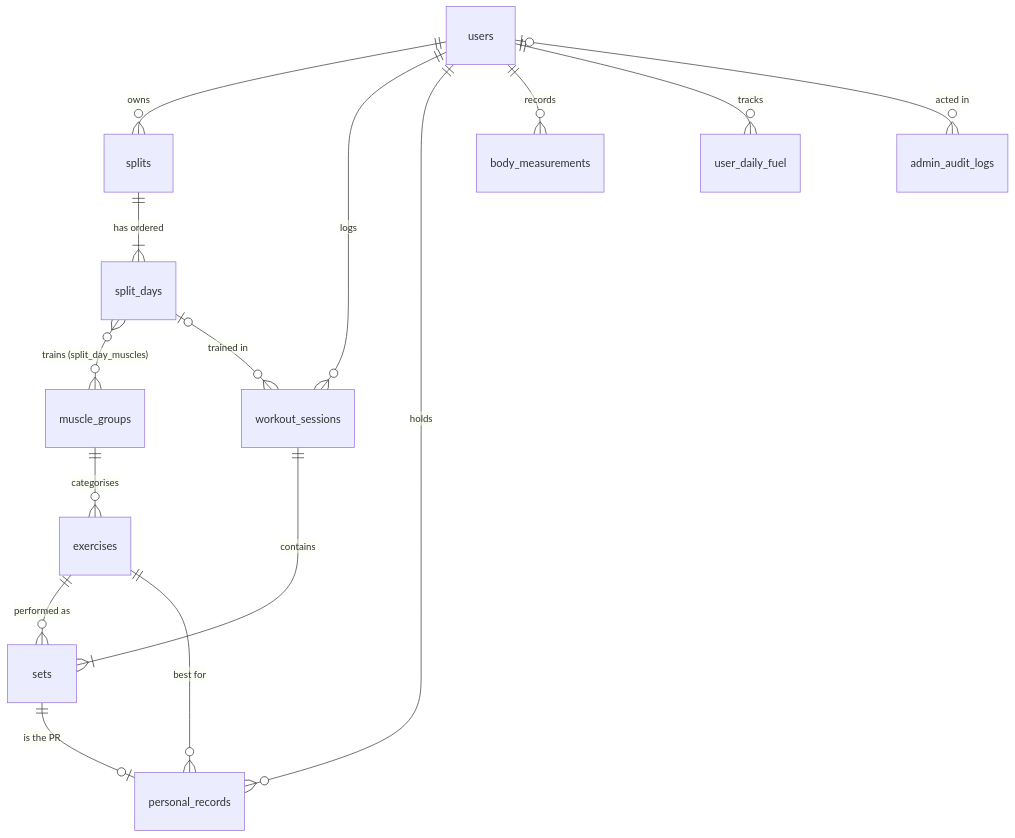
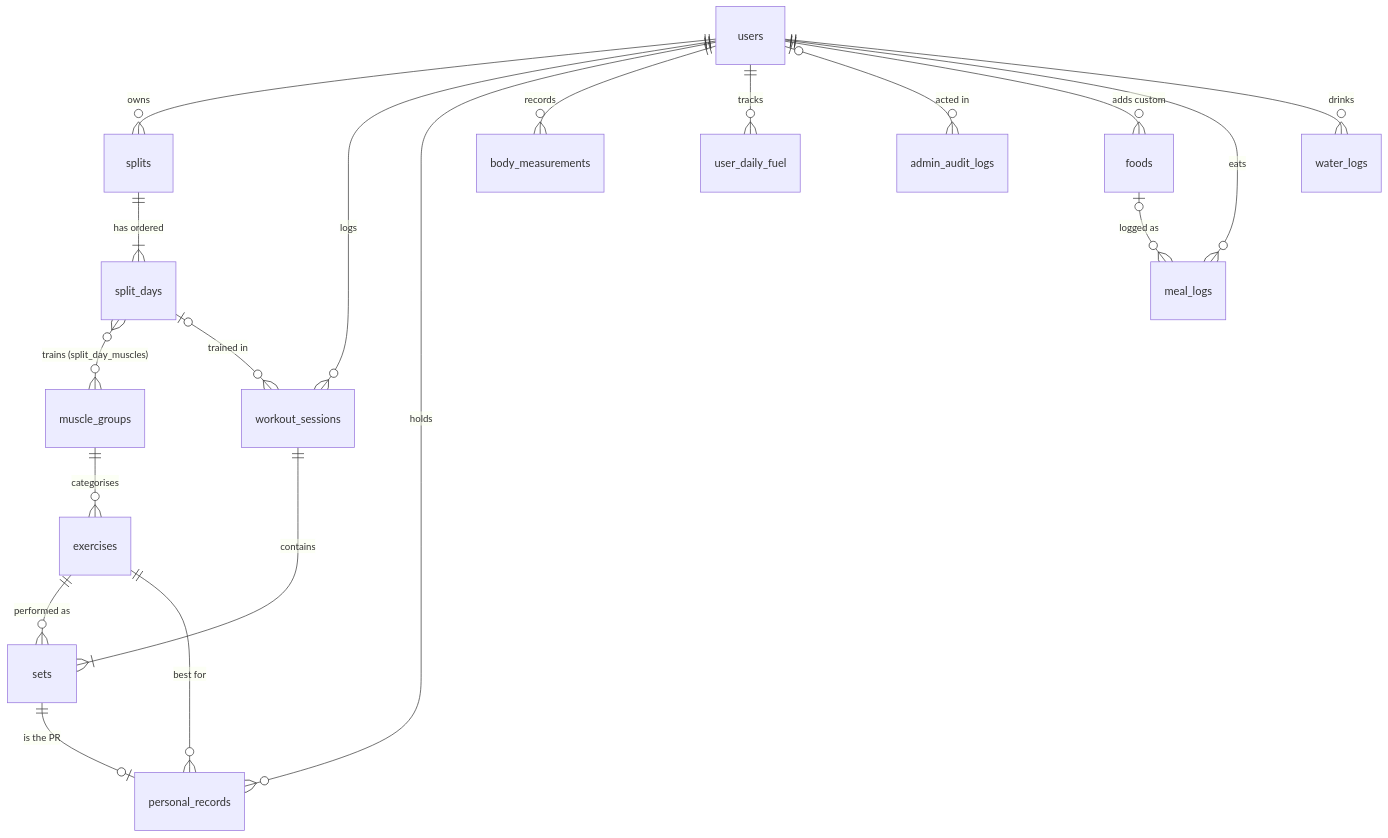
The diagram in docs/DATABASE_DESIGN.md (Gagan-1718/PhysiQ-Gym-Tracker), drawn with Mermaid before and after one commit. The commit also changed other lines of this file and 48 other files, not shown here.

````diff
--- a/docs/DATABASE_DESIGN.md
+++ b/docs/DATABASE_DESIGN.md
@@ -44,17 +46,21 @@
 ```mermaid
 erDiagram
     users ||--o{ splits : owns
     splits ||--|{ split_days : "has ordered"
     split_days }o--o{ muscle_groups : "trains (split_day_muscles)"
     muscle_groups ||--o{ exercises : categorises
     users ||--o{ workout_sessions : logs
     split_days |o--o{ workout_sessions : "trained in"
     workout_sessions ||--|{ sets : contains
     exercises ||--o{ sets : "performed as"
     users ||--o{ personal_records : holds
     exercises ||--o{ personal_records : "best for"
     sets ||--o| personal_records : "is the PR"
     users ||--o{ body_measurements : records
     users ||--o{ user_daily_fuel : tracks
     users |o--o{ admin_audit_logs : "acted in"
+    users ||--o{ foods : "adds custom"
+    foods |o--o{ meal_logs : "logged as"
+    users ||--o{ meal_logs : eats
+    users ||--o{ water_logs : drinks
 ```
````
